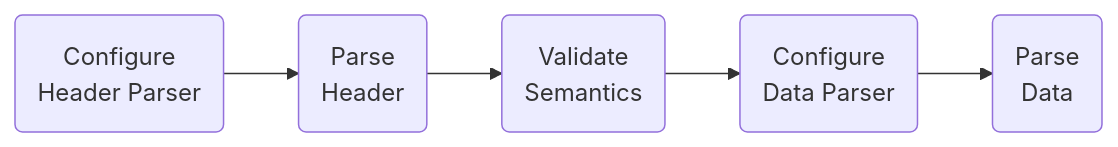
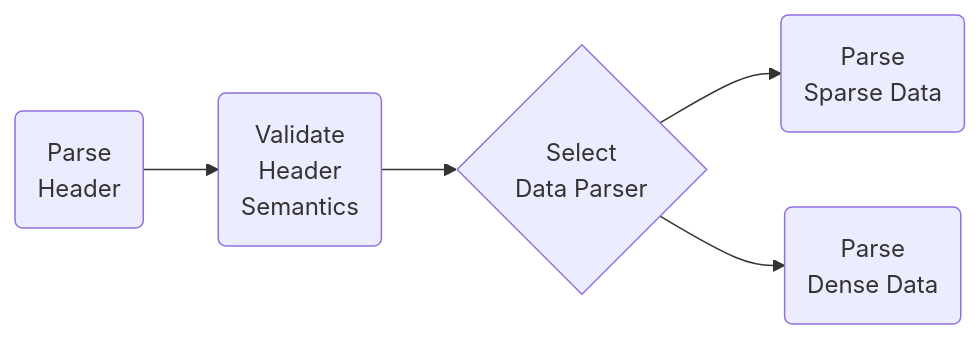
The diagram in README.md (mikaelhg/pxspec), drawn with Mermaid before and after one commit. The commit also changed other lines of this file, not shown here.

````diff
--- a/README.md
+++ b/README.md
@@ -17,13 +17,13 @@
 ```mermaid
 flowchart LR
-    chp(Configure \n Header Parser)
     ph(Parse \n Header)
-    vhs(Validate \n Semantics)
-    cdp(Configure \n Data Parser)
-    pd(Parse \n Data)
+    vhs(Validate \n Header \n Semantics)
+    sdp{Select \n Data Parser}
+    psd(Parse \n Sparse Data)
+    pdd(Parse \n Dense Data)
 
-    chp --> ph
     ph --> vhs
-    vhs --> cdp
-    cdp --> pd
+    vhs --> sdp
+    sdp --> psd
+    sdp --> pdd
 ```
````
